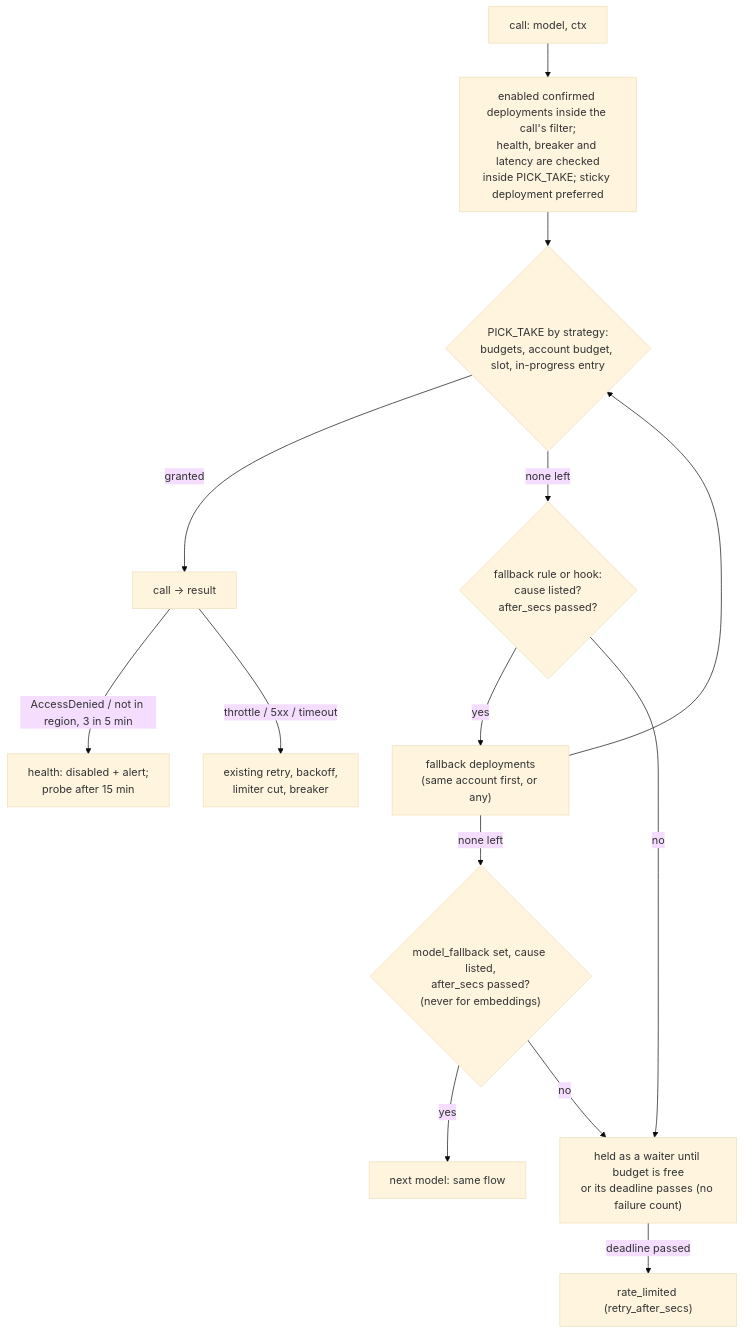
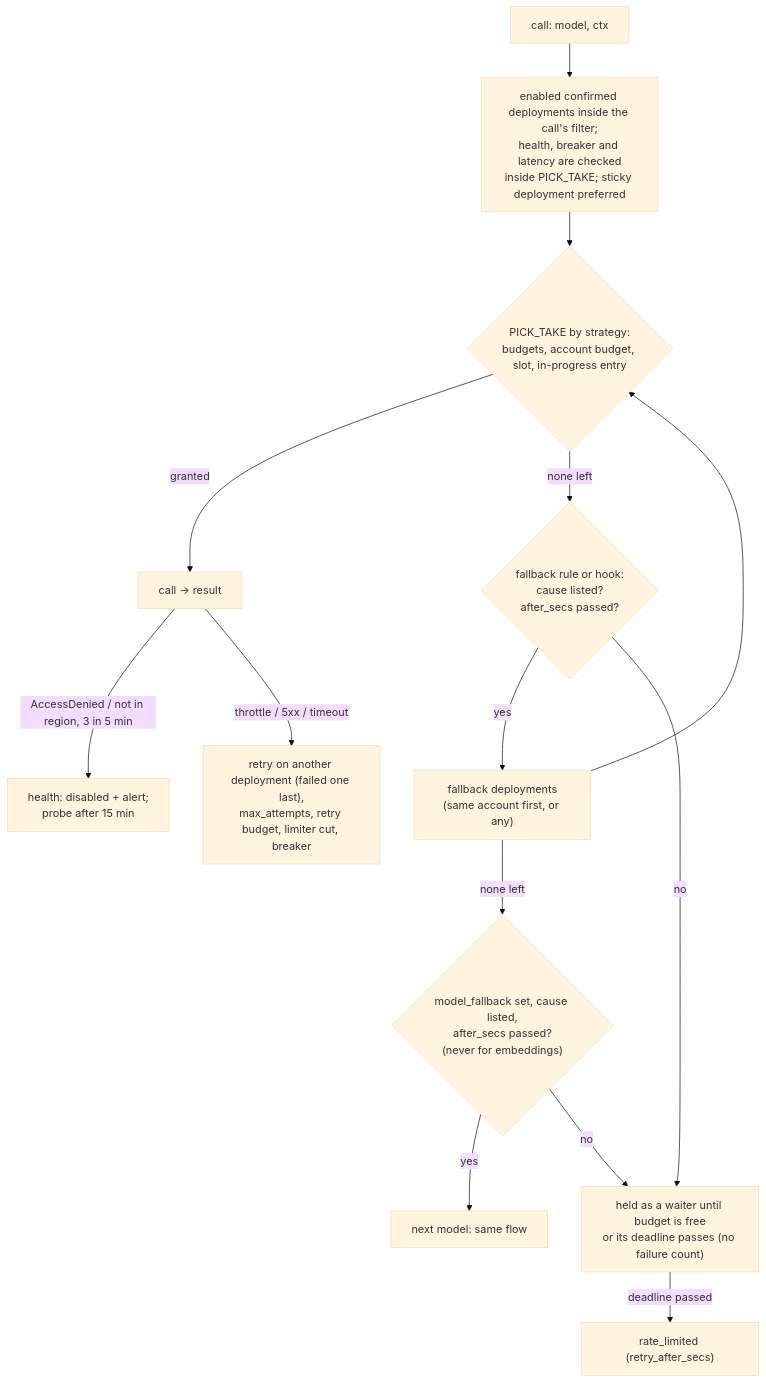
The seventh of 10 diagrams in docs/ACCOUNT_ROUTING_PLAN.md (techiewonk/taskiq-llm-queue), drawn with Mermaid (base theme) before and after one commit. The commit also changed other lines of this file and 1 other file, not shown here.

Commit message:
Plan: cleanup pass (diagrams, code structure, CLI list, owner list, decision order)

````diff
--- a/docs/ACCOUNT_ROUTING_PLAN.md
+++ b/docs/ACCOUNT_ROUTING_PLAN.md
@@ -793,15 +788,15 @@
 ```mermaid
 flowchart TD
   S[call: model, ctx] --> C["enabled confirmed deployments inside the call's filter;<br/>health, breaker and latency are checked<br/>inside PICK_TAKE; sticky deployment preferred"]
   C --> TRY{"PICK_TAKE by strategy:<br/>budgets, account budget, slot, in-progress entry"}
   TRY -->|granted| RUN["call → result"]
   TRY -->|none left| FR{"fallback rule or hook:<br/>cause listed?<br/>after_secs passed?"}
   FR -->|yes| FB["fallback deployments<br/>(same account first, or any)"] --> TRY
   FR -->|no| RQ["held as a waiter until budget is free<br/>or its deadline passes (no failure count)"]
   RQ -->|deadline passed| RL["rate_limited (retry_after_secs)"]
   FB -->|none left| CH{"model_fallback set, cause listed,<br/>after_secs passed?<br/>(never for embeddings)"}
   CH -->|yes| S2["next model: same flow"]
   CH -->|no| RQ
   RUN -->|"AccessDenied / not in region, 3 in 5 min"| DIS["health: disabled + alert;<br/>probe after 15 min"]
-  RUN -->|"throttle / 5xx / timeout"| RETRY["existing retry, backoff,<br/>limiter cut, breaker"]
+  RUN -->|"throttle / 5xx / timeout"| RETRY["retry on another deployment (failed one last),<br/>max_attempts, retry budget, limiter cut, breaker"]
 ```
````
